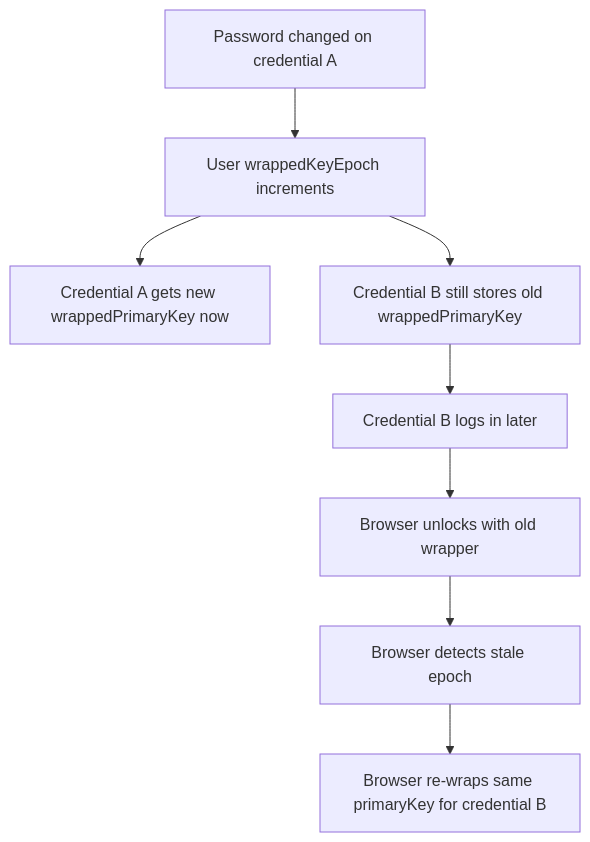
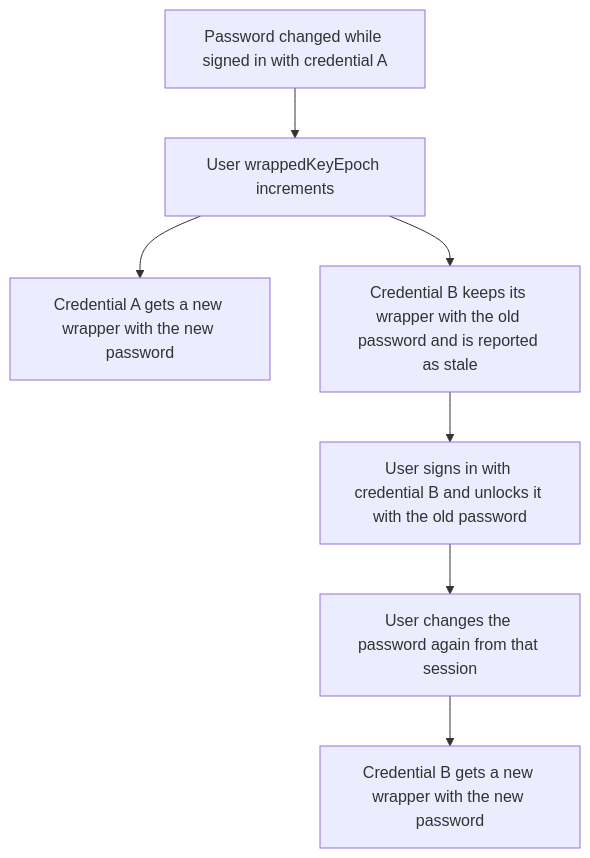
Before and after one commit to ItalyPaleAle/revaulter: the eighth of 9 diagrams in docs/content/docs/crypto-architecture.md, drawn with Mermaid. The commit also changed other lines of this file, not shown here.

First line of the commit message:
Update crypto-architecture

````diff
--- a/docs/content/docs/crypto-architecture.md
+++ b/docs/content/docs/crypto-architecture.md
@@ -402,10 +464,9 @@
 ```mermaid
 flowchart TD
-    A[Password changed on credential A] --> B[User wrappedKeyEpoch increments]
-    B --> C[Credential A gets new wrappedPrimaryKey now]
-    B --> D[Credential B still stores old wrappedPrimaryKey]
-    D --> E[Credential B logs in later]
-    E --> F[Browser unlocks with old wrapper]
-    F --> G[Browser detects stale epoch]
-    G --> H[Browser re-wraps same primaryKey for credential B]
+    A[Password changed while signed in with credential A] --> B[User wrappedKeyEpoch increments]
+    B --> C[Credential A gets a new wrapper with the new password]
+    B --> D[Credential B keeps its wrapper with the old password and is reported as stale]
+    D --> E[User signs in with credential B and unlocks it with the old password]
+    E --> F[User changes the password again from that session]
+    F --> G[Credential B gets a new wrapper with the new password]
 ```
````
